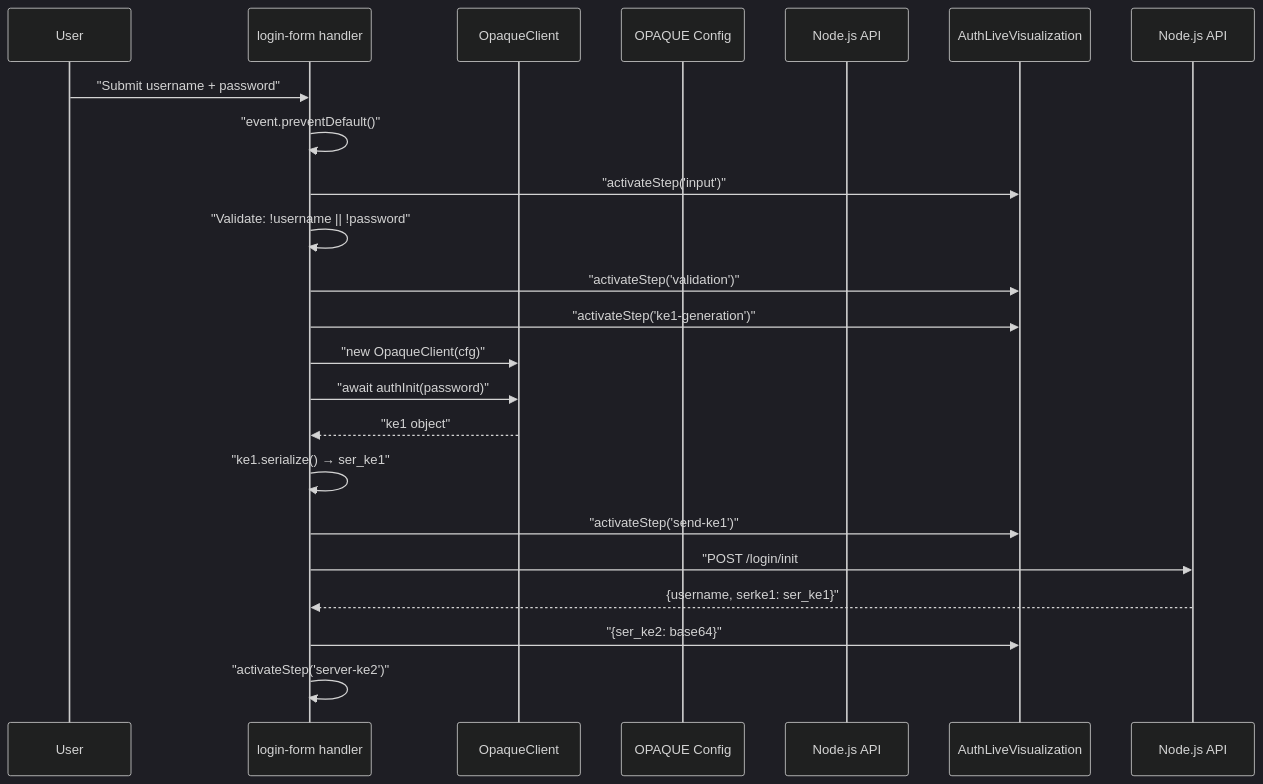
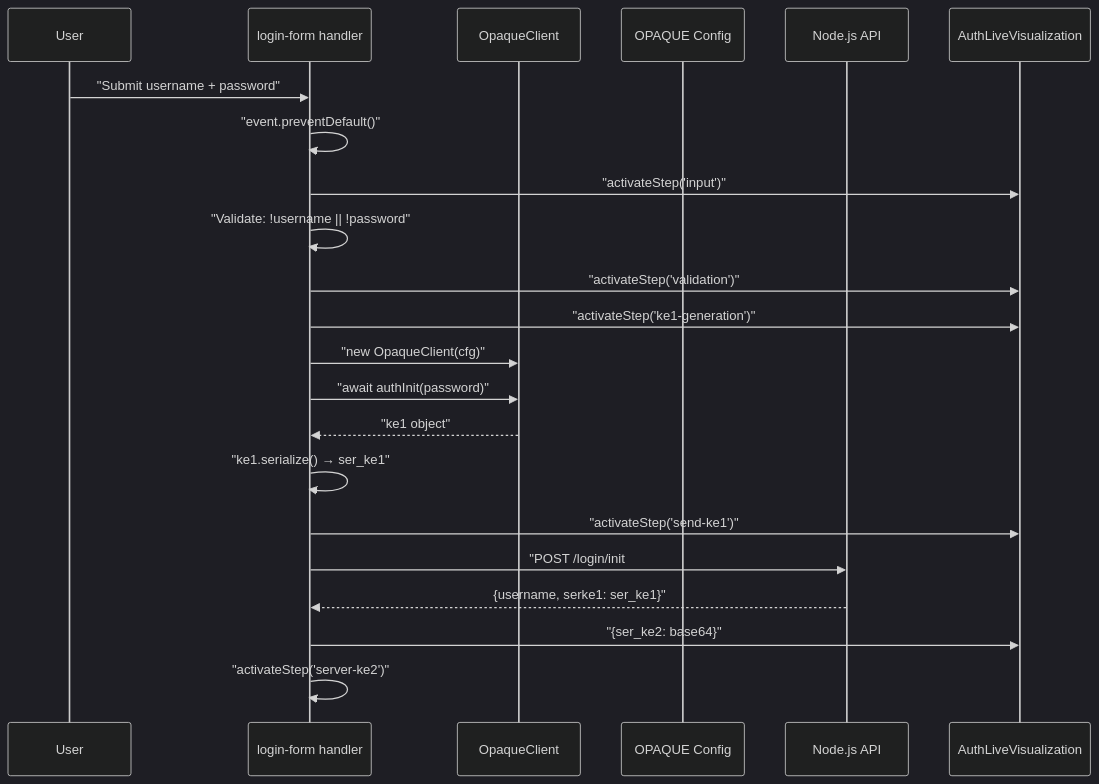
One commit to RogueElectron/Cypher changed the third of 11 diagrams in docs/Login-Flow-(Client-Side).md. Above: the diagram before and after it, drawn with Mermaid (dark theme). The commit also changed other lines of this file and 3 other files, not shown here.

````diff
--- a/docs/Login-Flow-(Client-Side).md
+++ b/docs/Login-Flow-(Client-Side).md
@@ -102,26 +102,25 @@
 ```mermaid
 sequenceDiagram
   participant User
   participant login-form handler
   participant OpaqueClient
   participant OPAQUEConfig as OPAQUE Config
-  participant NodeAPI as Node.js API
   participant NodeAPI as Node.js API
   participant AuthLiveVisualization
 
   User->>login-form handler: "Submit username + password"
   login-form handler->>login-form handler: "event.preventDefault()"
   login-form handler->>AuthLiveVisualization: "activateStep('input')"
   login-form handler->>login-form handler: "Validate: !username || !password"
   login-form handler->>AuthLiveVisualization: "activateStep('validation')"
   login-form handler->>AuthLiveVisualization: "activateStep('ke1-generation')"
   login-form handler->>OpaqueClient: "new OpaqueClient(cfg)"
   login-form handler->>OpaqueClient: "await authInit(password)"
   OpaqueClient-->>login-form handler: "ke1 object"
   login-form handler->>login-form handler: "ke1.serialize() → ser_ke1"
   login-form handler->>AuthLiveVisualization: "activateStep('send-ke1')"
-  login-form handler->>Node.js API: "POST /login/init
-  Node.js API-->>login-form handler: {username, serke1: ser_ke1}"
+  login-form handler->>NodeAPI: "POST /login/init
+  NodeAPI-->>login-form handler: {username, serke1: ser_ke1}"
   login-form handler->>AuthLiveVisualization: "{ser_ke2: base64}"
   login-form handler->>login-form handler: "activateStep('server-ke2')"
 ```
````
